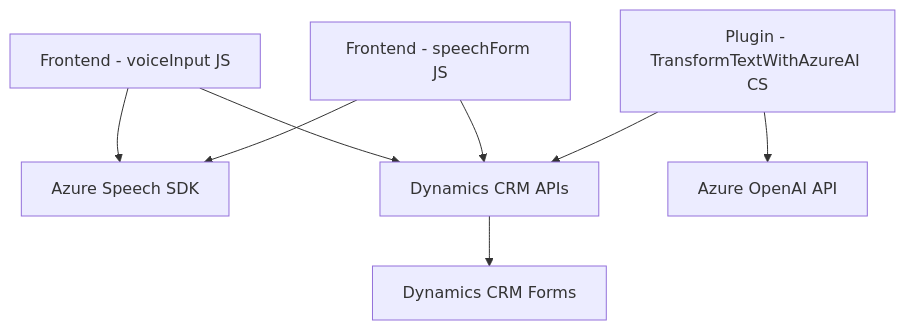
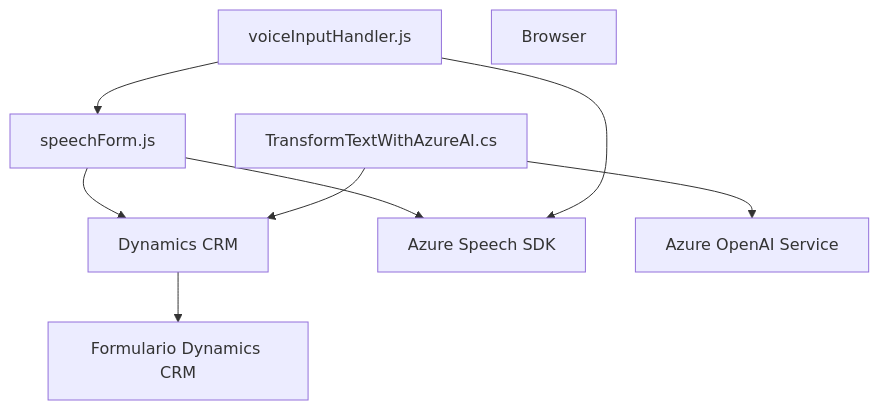
One commit to blopezdm/NETCORE_BILBAO2025 changed the diagram in README.md. Above: the diagram before and after it, drawn with Mermaid. The commit also changed other lines of this file, not shown here.

````diff
--- a/README.md
+++ b/README.md
@@ -34,18 +44,20 @@
 ```mermaid
 graph TD
-    A["Frontend - voiceInput JS"]
-    B["Frontend - speechForm JS"]
-    C["Plugin - TransformTextWithAzureAI CS"]
-    D["Azure Speech SDK"]
-    E["Dynamics CRM APIs"]
-    F["Azure OpenAI API"]
-    G["Dynamics CRM Forms"]
+    A["voiceInputHandler.js"]
+    B["speechForm.js"]
+    C["TransformTextWithAzureAI.cs"]
+    D["Browser"]
+    E["Dynamics CRM"]
 
-    A --> D
-    B --> D
-    A --> E
+    F["Azure Speech SDK"]
+    G["Azure OpenAI Service"]
+    H["Formulario Dynamics CRM"]
+
+    A --> B
+    B --> F
+    A --> F
     B --> E
-    C --> F
     C --> E
-    E --> G
+    C --> G
+    E --> H
 ```
````
